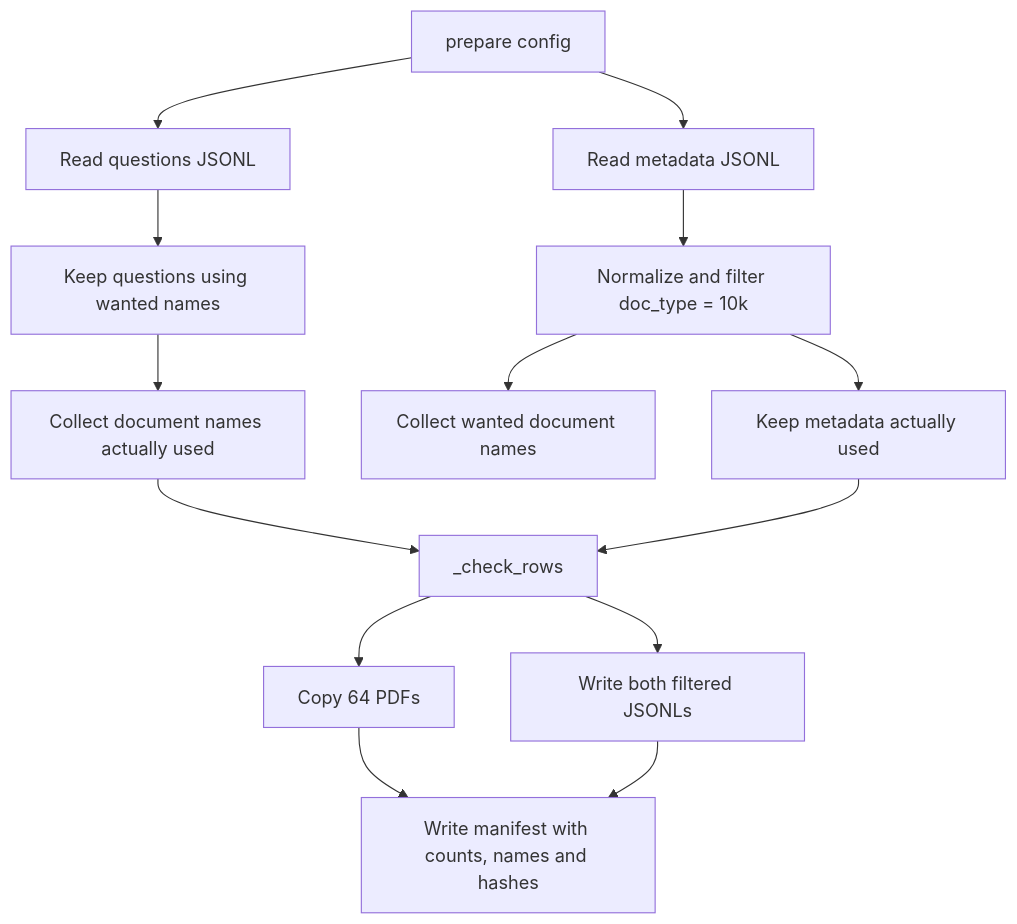
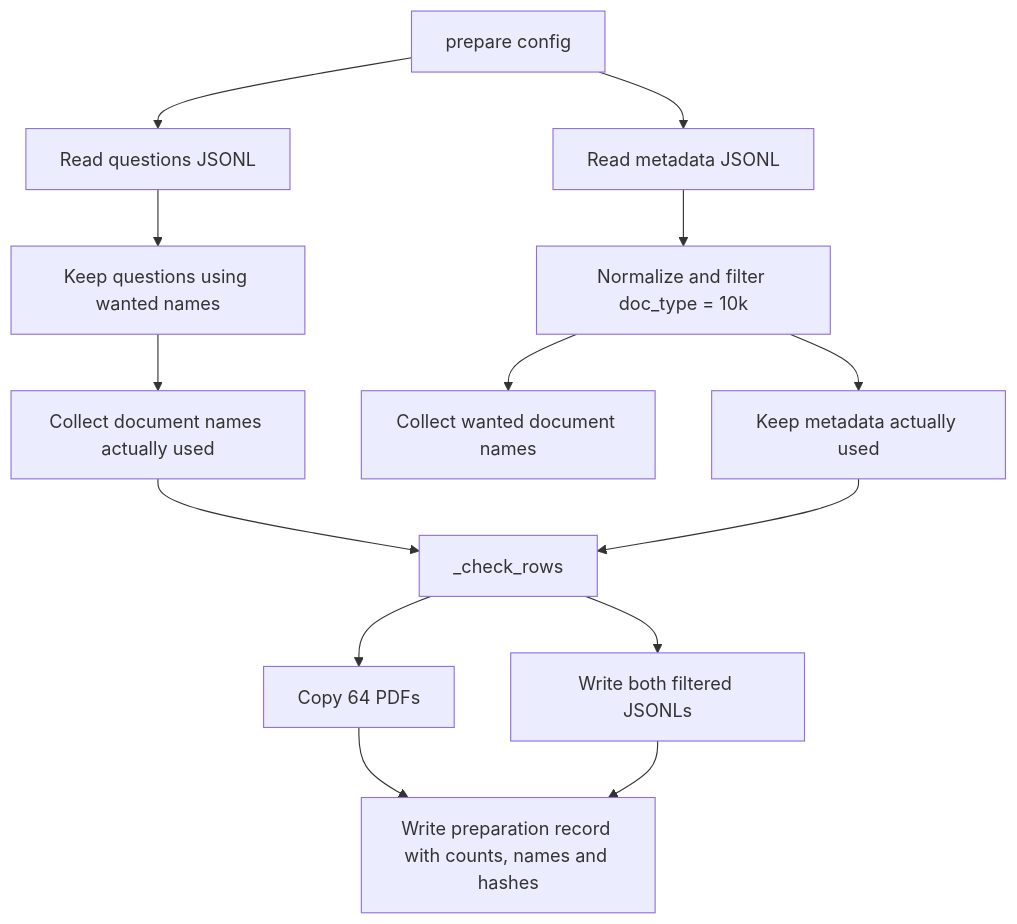
One commit to 14zhasim/Agentic_RAG changed the third of 11 diagrams in docs sys design/benchmark/FinanceBench Implementation Guide.md. Above: the diagram before and after it, drawn with Mermaid. The commit also changed other lines of this file and 3 other files, not shown here.

Commit message:
Rename dataset manifest to preparation record

````diff
--- a/docs sys design/benchmark/FinanceBench Implementation Guide.md
+++ b/docs sys design/benchmark/FinanceBench Implementation Guide.md
@@ -724,16 +724,16 @@
 ```mermaid
 flowchart TD
     A[prepare config] --> B[Read questions JSONL]
     A --> C[Read metadata JSONL]
     C --> D[Normalize and filter doc_type = 10k]
     D --> E[Collect wanted document names]
     B --> F[Keep questions using wanted names]
     F --> G[Collect document names actually used]
     D --> H[Keep metadata actually used]
     G --> I[_check_rows]
     H --> I
     I --> J[Copy 64 PDFs]
     I --> K[Write both filtered JSONLs]
-    J --> L[Write manifest with counts, names and hashes]
+    J --> L[Write preparation record with counts, names and hashes]
     K --> L
 ```
````
